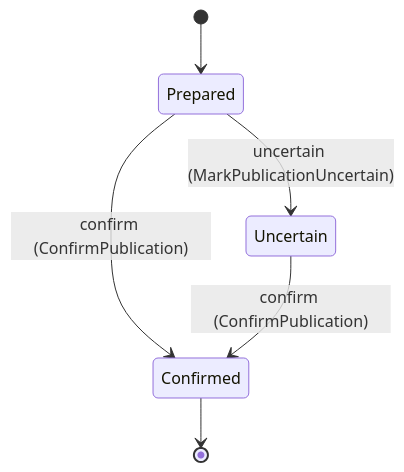
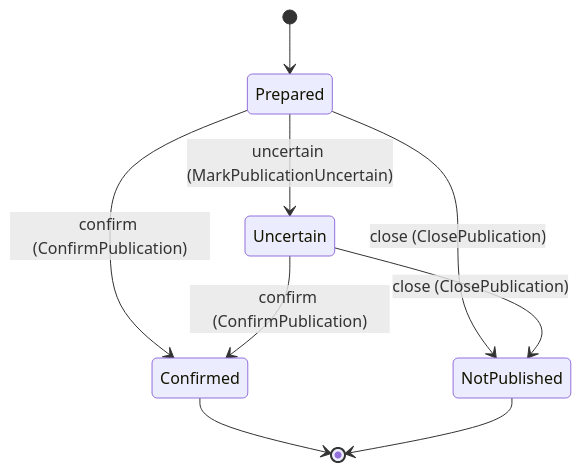
One commit to beyond10x/control-plane changed the third of 6 diagrams in generated/model/src/server/control-plane.docs.md. Above: the diagram before and after it, drawn with Mermaid. The commit also changed other lines of this file and 34 other files, not shown here.

````diff
--- a/generated/model/src/server/control-plane.docs.md
+++ b/generated/model/src/server/control-plane.docs.md
@@ -231,8 +232,11 @@
 ```mermaid
 stateDiagram-v2
     [*] --> Prepared
     Prepared --> Uncertain: uncertain (MarkPublicationUncertain)
     Prepared --> Confirmed: confirm (ConfirmPublication)
     Uncertain --> Confirmed: confirm (ConfirmPublication)
+    Prepared --> NotPublished: close (ClosePublication)
+    Uncertain --> NotPublished: close (ClosePublication)
     Confirmed --> [*]
+    NotPublished --> [*]
 ```
````
